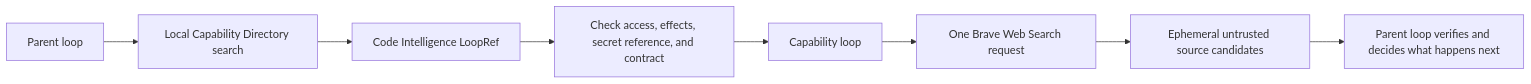
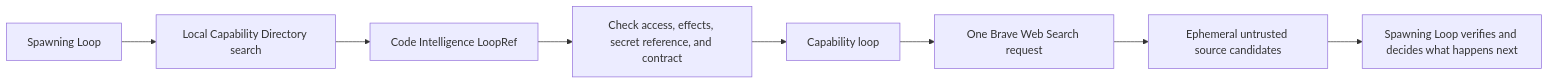
Before and after one commit to alisonjieli-png/loop-engine: the diagram in docs/components/static-architecture/BRAVE-SEARCH-PLUGIN.md, drawn with Mermaid. The commit also changed other lines of this file and 448 other files, not shown here.

Commit message:
checkpoint: consolidate Loop Engine architecture and evidence

````diff
--- a/docs/components/static-architecture/BRAVE-SEARCH-PLUGIN.md
+++ b/docs/components/static-architecture/BRAVE-SEARCH-PLUGIN.md
@@ -13,10 +13,10 @@
 ```mermaid
 flowchart LR
-    L[Parent loop] --> D[Local Capability Directory search]
+    L[Spawning Loop] --> D[Local Capability Directory search]
     D --> R[Code Intelligence LoopRef]
     R --> G[Check access, effects, secret reference, and contract]
     G --> C[Capability loop]
     C --> B[One Brave Web Search request]
     B --> O[Ephemeral untrusted source candidates]
-    O --> V[Parent loop verifies and decides what happens next]
+    O --> V[Spawning Loop verifies and decides what happens next]
 ```
````
